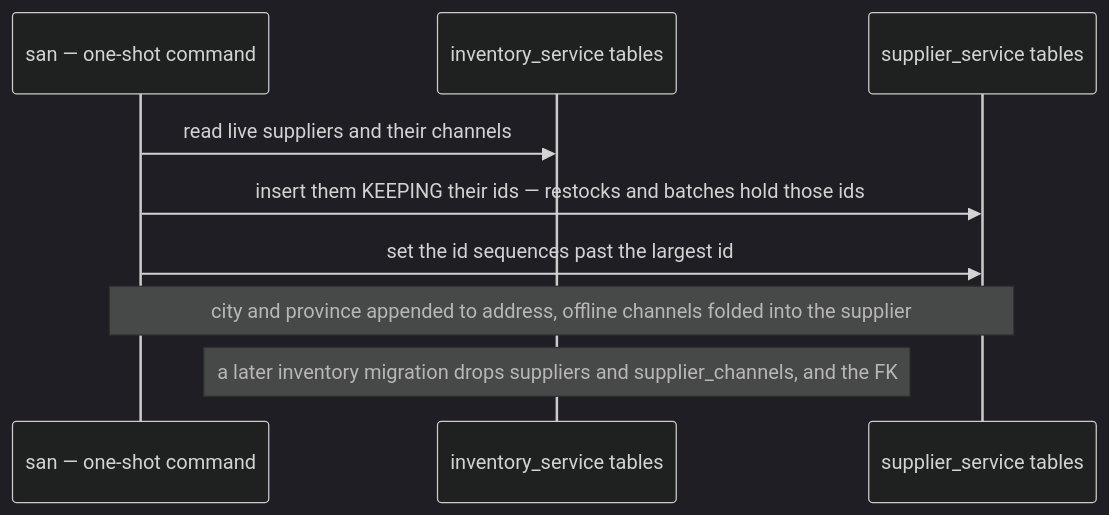
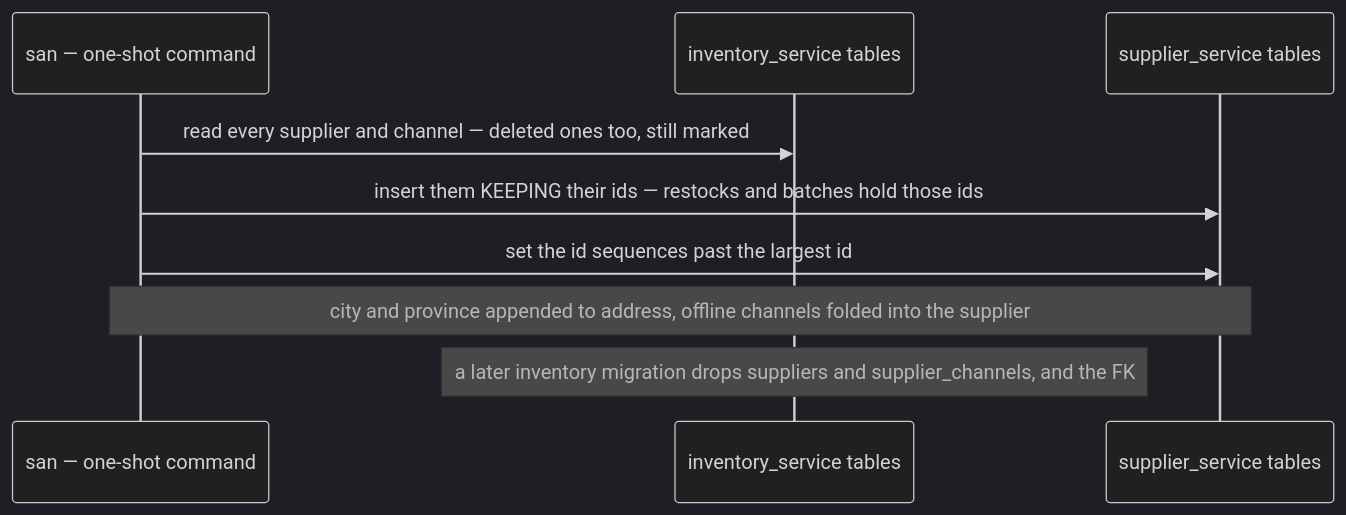
Before and after one commit to pdcgo/warehouse_revamp: the fourth of 9 diagrams in docs/business/supplier/context_clarify.md, drawn with Mermaid (dark theme). The commit also changed other lines of this file and 213 other files, not shown here.

````diff
--- a/docs/business/supplier/context_clarify.md
+++ b/docs/business/supplier/context_clarify.md
@@ -80,11 +235,11 @@
 ```mermaid
 sequenceDiagram
   participant SAN as san — one-shot command
   participant INV as inventory_service tables
   participant SUP as supplier_service tables
-  SAN->>INV: read live suppliers and their channels
+  SAN->>INV: read every supplier and channel — deleted ones too, still marked
   SAN->>SUP: insert them KEEPING their ids — restocks and batches hold those ids
   SAN->>SUP: set the id sequences past the largest id
   Note over SAN,SUP: city and province appended to address, offline channels folded into the supplier
   Note over INV: a later inventory migration drops suppliers and supplier_channels, and the FK
 ```
````
